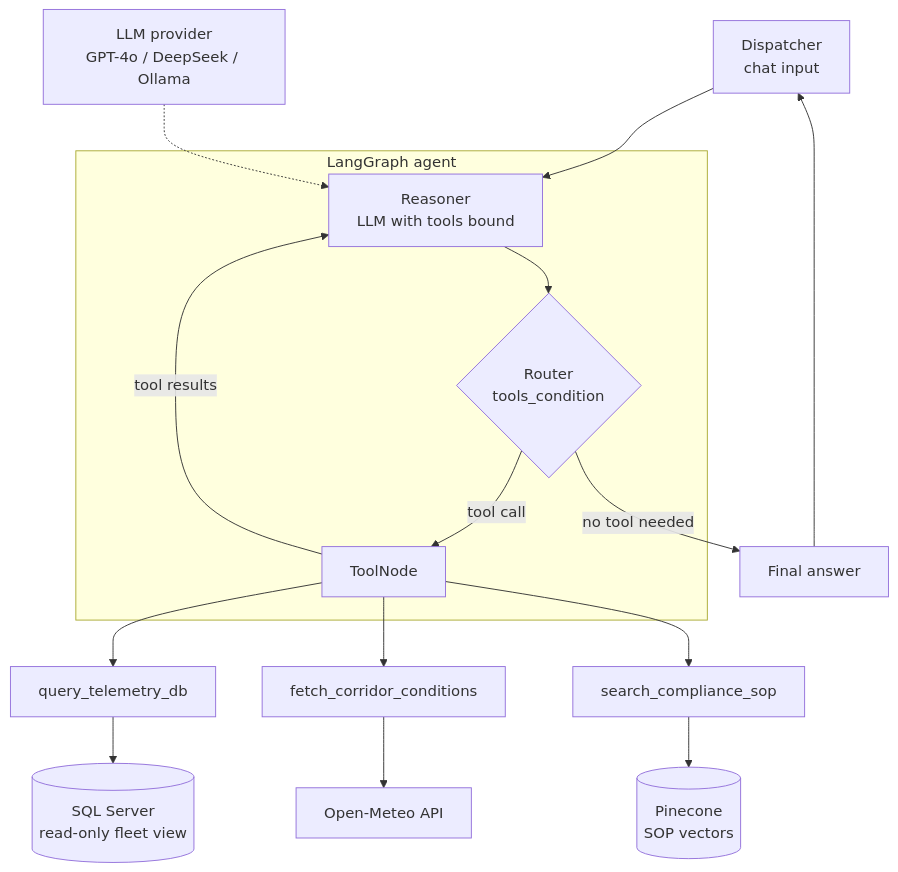
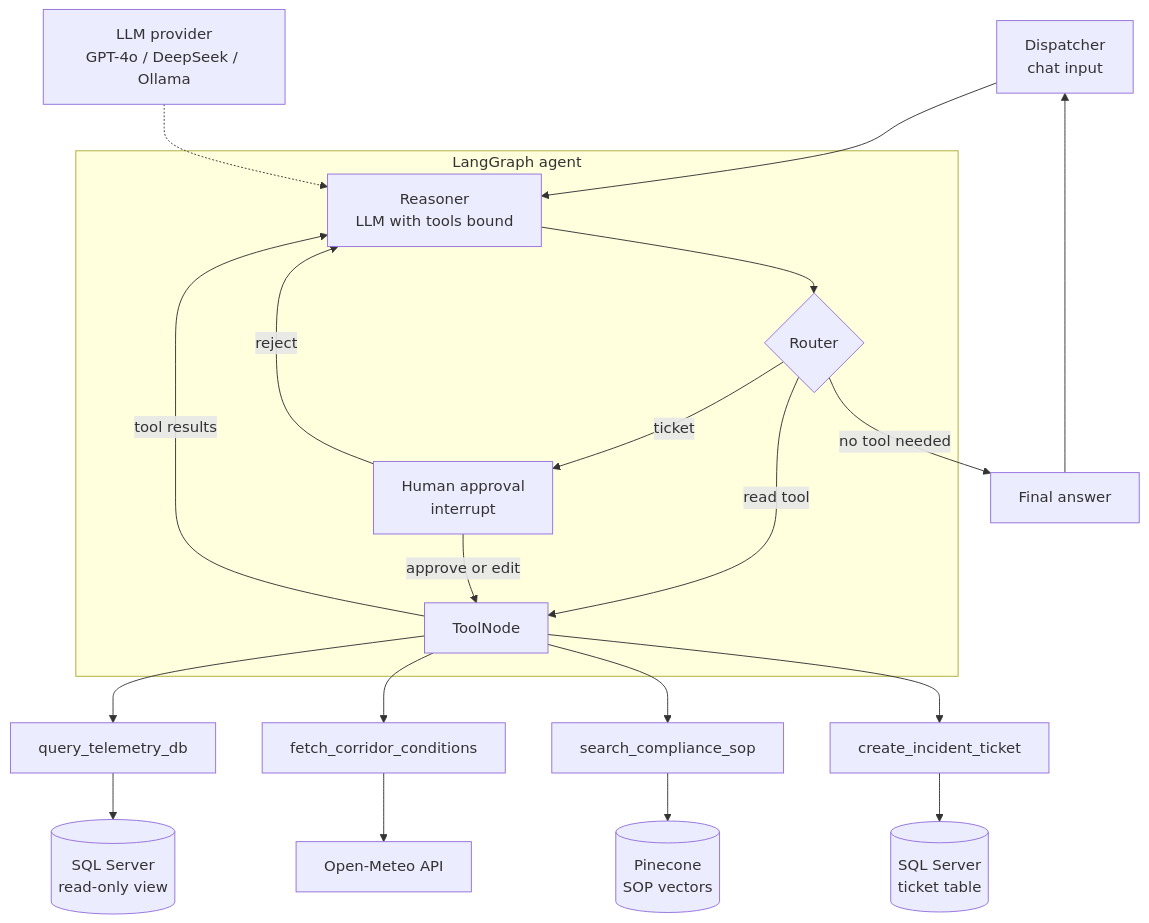
The diagram in docs/agent_graph.md (MERYX-bh/cold-chain-ai-copilot), drawn with Mermaid before and after one commit. The commit also changed 17 other files, not shown here.

````diff
--- a/docs/agent_graph.md
+++ b/docs/agent_graph.md
@@ -3,25 +3,31 @@
 ```mermaid
 flowchart TD
     U[Dispatcher<br/>chat input] --> R
 
     subgraph AGENT[LangGraph agent]
         R[Reasoner<br/>LLM with tools bound]
-        C{Router<br/>tools_condition}
+        C{Router}
         T[ToolNode]
+        H[Human approval<br/>interrupt]
         R --> C
-        C -- tool call --> T
+        C -- read tool --> T
+        C -- ticket --> H
+        H -- approve or edit --> T
+        H -- reject --> R
         T -- tool results --> R
     end
 
     LLM[LLM provider<br/>GPT-4o / DeepSeek / Ollama] -.-> R
     C -- no tool needed --> A[Final answer]
     A --> U
 
     T --> T1[query_telemetry_db]
     T --> T2[fetch_corridor_conditions]
     T --> T3[search_compliance_sop]
+    T --> T4[create_incident_ticket]
 
-    T1 --> S1[(SQL Server<br/>read-only fleet view)]
+    T1 --> S1[(SQL Server<br/>read-only view)]
     T2 --> S2[Open-Meteo API]
     T3 --> S3[(Pinecone<br/>SOP vectors)]
+    T4 --> S4[(SQL Server<br/>ticket table)]
 ```
````
